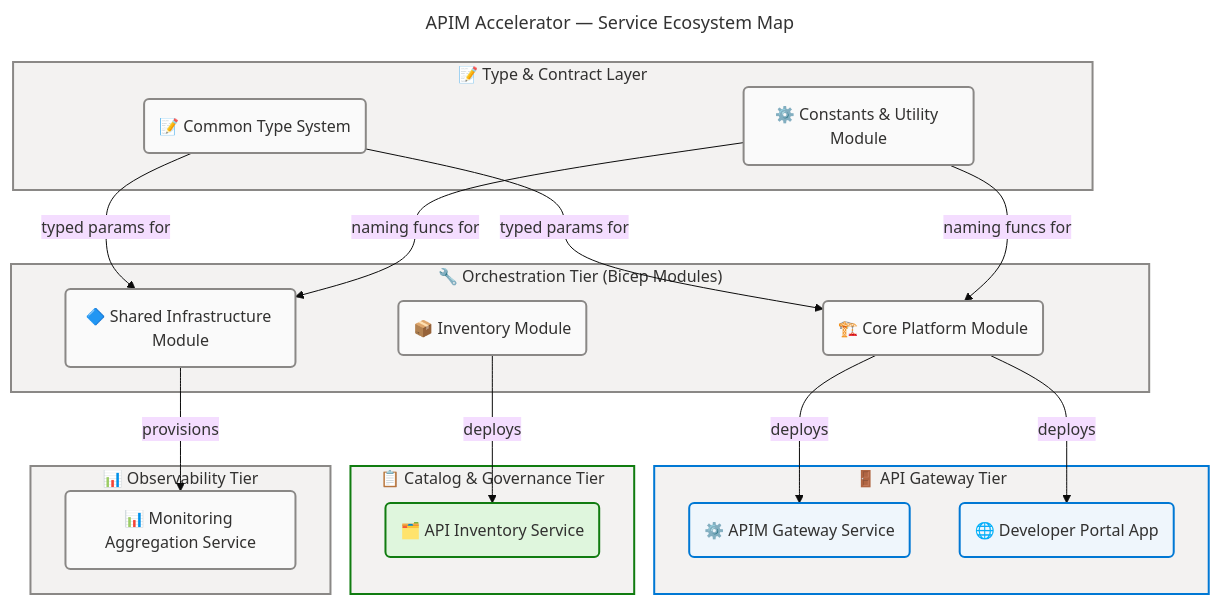
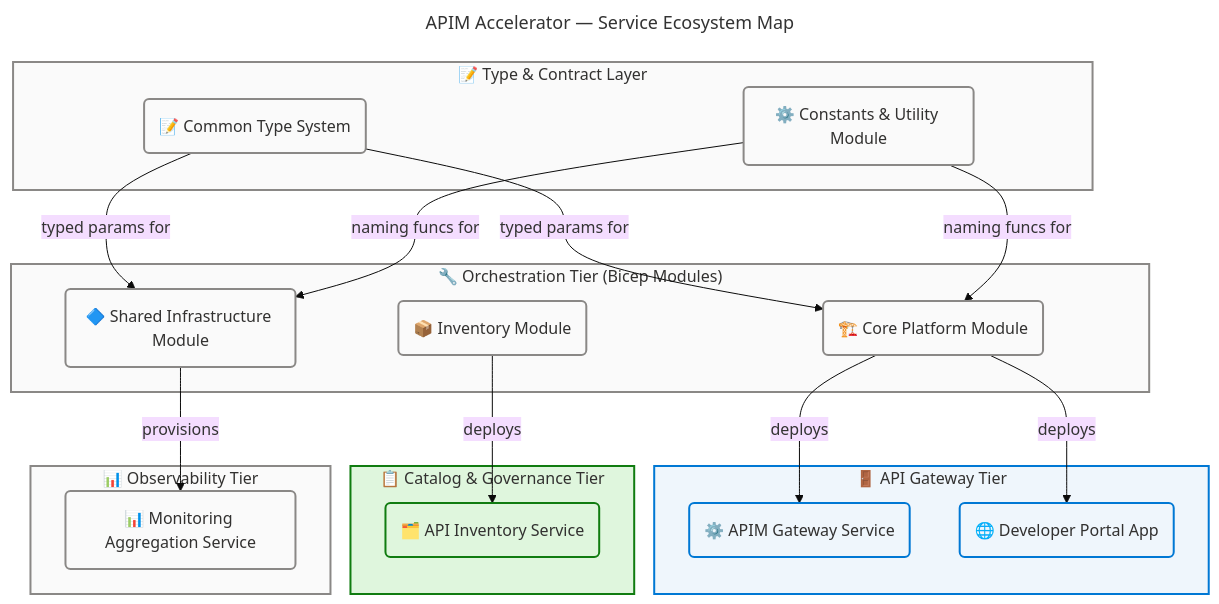
The second of 8 diagrams in docs/architecture/application-architecture.md (Evilazaro/APIM-Accelerator), drawn with Mermaid before and after one commit. The commit also changed other lines of this file, not shown here.

Commit message:
style: update flowchart colors for consistency and improved clarity in application architecture diagrams

````diff
--- a/docs/architecture/application-architecture.md
+++ b/docs/architecture/application-architecture.md
@@ -167,70 +167,70 @@
 ```mermaid
 ---
 title: "APIM Accelerator — Service Ecosystem Map"
 config:
   theme: base
   look: classic
   layout: dagre
   themeVariables:
     fontSize: '16px'
   flowchart:
     htmlLabels: true
 ---
 flowchart TB
     accTitle: APIM Accelerator Service Ecosystem Map
     accDescr: Grouped map of all application services and components by functional tier showing technology classification and layer assignments
 
     %% ═══════════════════════════════════════════════════════════════════════════
     %% AZURE / FLUENT ARCHITECTURE PATTERN v1.1
     %% (Semantic + Structural + Font + Accessibility Governance)
     %% ═══════════════════════════════════════════════════════════════════════════
     %% PHASE 1 - FLUENT UI: All styling uses approved Fluent UI palette only
     %% PHASE 2 - GROUPS: Every subgraph has semantic color via style directive
     %% PHASE 3 - COMPONENTS: Every node has semantic classDef + icon prefix
     %% PHASE 4 - ACCESSIBILITY: accTitle/accDescr present, WCAG AA contrast
     %% PHASE 5 - STANDARD: Governance block present, classDefs centralized
     %% ═══════════════════════════════════════════════════════════════════════════
 
     subgraph GATEWAY["🚪 API Gateway Tier"]
         S1("⚙️ APIM Gateway Service"):::core
         S2("🌐 Developer Portal App"):::core
     end
 
     subgraph CATALOG["📋 Catalog & Governance Tier"]
         S3("🗂️ API Inventory Service"):::success
     end
 
     subgraph OBS["📊 Observability Tier"]
         S4("📊 Monitoring Aggregation Service"):::neutral
     end
 
     subgraph ORCH["🔧 Orchestration Tier (Bicep Modules)"]
         C1("🏗️ Core Platform Module"):::neutral
         C2("🔷 Shared Infrastructure Module"):::neutral
         C3("📦 Inventory Module"):::neutral
     end
 
     subgraph CONTRACT["📝 Type & Contract Layer"]
         C4("📝 Common Type System"):::neutral
         C5("⚙️ Constants & Utility Module"):::neutral
     end
 
     C2 -->|"provisions"| S4
     C1 -->|"deploys"| S1
     C1 -->|"deploys"| S2
     C3 -->|"deploys"| S3
     C4 -->|"typed params for"| C1
     C4 -->|"typed params for"| C2
     C5 -->|"naming funcs for"| C1
     C5 -->|"naming funcs for"| C2
 
     classDef neutral fill:#FAFAFA,stroke:#8A8886,stroke-width:2px,color:#323130
     classDef core fill:#EFF6FC,stroke:#0078D4,stroke-width:2px,color:#323130
     classDef success fill:#DFF6DD,stroke:#107C10,stroke-width:2px,color:#323130
 
-    style GATEWAY fill:#F3F2F1,stroke:#0078D4,stroke-width:2px,color:#323130
-    style CATALOG fill:#F3F2F1,stroke:#107C10,stroke-width:2px,color:#323130
-    style OBS fill:#F3F2F1,stroke:#8A8886,stroke-width:2px,color:#323130
-    style ORCH fill:#F3F2F1,stroke:#8A8886,stroke-width:2px,color:#323130
-    style CONTRACT fill:#F3F2F1,stroke:#8A8886,stroke-width:2px,color:#323130
+    style GATEWAY fill:#EFF6FC,stroke:#0078D4,stroke-width:2px,color:#323130
+    style CATALOG fill:#DFF6DD,stroke:#107C10,stroke-width:2px,color:#323130
+    style OBS fill:#FAFAFA,stroke:#8A8886,stroke-width:2px,color:#323130
+    style ORCH fill:#FAFAFA,stroke:#8A8886,stroke-width:2px,color:#323130
+    style CONTRACT fill:#FAFAFA,stroke:#8A8886,stroke-width:2px,color:#323130
 ```
````
